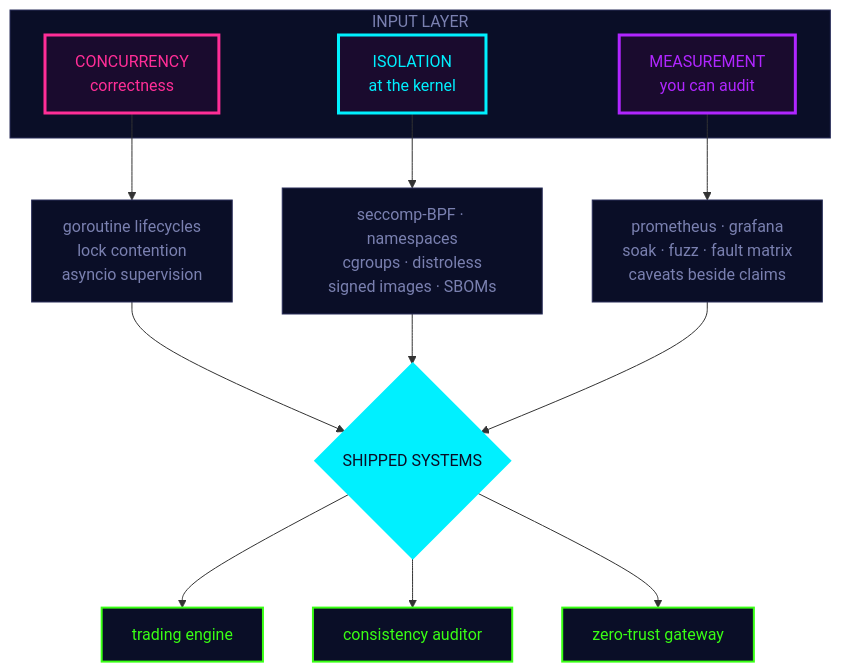
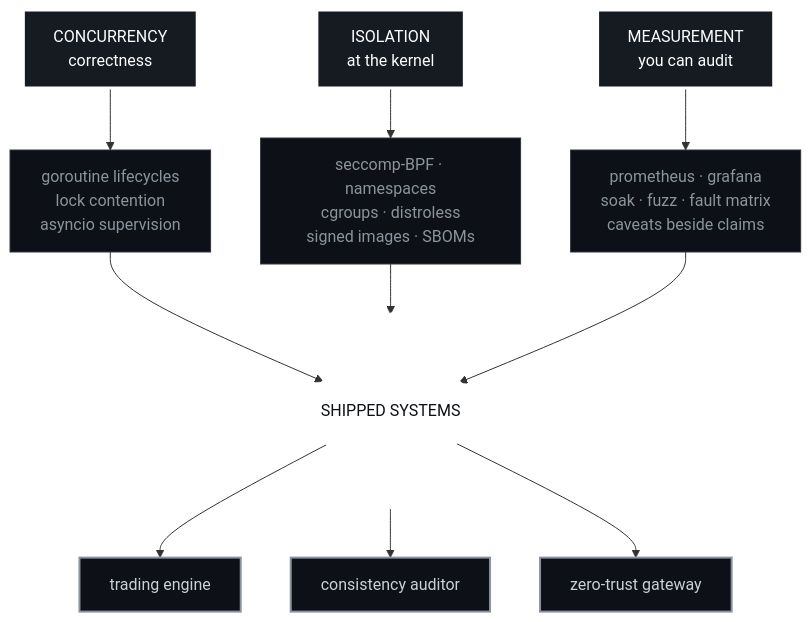
Before and after one commit to nabrahma/nabrahma: the diagram in README.md, drawn with Mermaid. The commit also changed other lines of this file, not shown here.

````diff
--- a/README.md
+++ b/README.md
@@ -53,30 +53,25 @@
 ```mermaid
 flowchart TB
-    subgraph L1[" INPUT LAYER "]
-        A["CONCURRENCY<br/>correctness"]:::neon1
-        B["ISOLATION<br/>at the kernel"]:::neon2
-        C["MEASUREMENT<br/>you can audit"]:::neon3
-    end
+    A["CONCURRENCY<br/>correctness"]:::bright
+    B["ISOLATION<br/>at the kernel"]:::bright
+    C["MEASUREMENT<br/>you can audit"]:::bright
 
     A --> A1["goroutine lifecycles<br/>lock contention<br/>asyncio supervision"]:::dim
     B --> B1["seccomp-BPF · namespaces<br/>cgroups · distroless<br/>signed images · SBOMs"]:::dim
     C --> C1["prometheus · grafana<br/>soak · fuzz · fault matrix<br/>caveats beside claims"]:::dim
 
     A1 --> CORE
     B1 --> CORE
     C1 --> CORE
 
     CORE{"SHIPPED SYSTEMS"}:::hub
 
     CORE --> O1["trading engine"]:::out
     CORE --> O2["consistency auditor"]:::out
     CORE --> O3["zero-trust gateway"]:::out
 
-    classDef neon1 fill:#1a0b2e,stroke:#ff2e97,stroke-width:3px,color:#ff2e97
-    classDef neon2 fill:#1a0b2e,stroke:#00f0ff,stroke-width:3px,color:#00f0ff
-    classDef neon3 fill:#1a0b2e,stroke:#b026ff,stroke-width:3px,color:#b026ff
-    classDef dim fill:#0a0e27,stroke:#2a2f5a,stroke-width:1px,color:#7a80b0
-    classDef hub fill:#00f0ff,stroke:#00f0ff,stroke-width:3px,color:#0a0e27
-    classDef out fill:#0a0e27,stroke:#39ff14,stroke-width:2px,color:#39ff14
-    style L1 fill:#0a0e27,stroke:#2a2f5a,color:#7a80b0
+    classDef bright fill:#161b22,stroke:#ffffff,stroke-width:3px,color:#ffffff
+    classDef dim fill:#0d1117,stroke:#30363d,stroke-width:1px,color:#8b949e
+    classDef hub fill:#ffffff,stroke:#ffffff,stroke-width:3px,color:#0d1117
+    classDef out fill:#0d1117,stroke:#8b949e,stroke-width:2px,color:#c9d1d9
 ```
````
